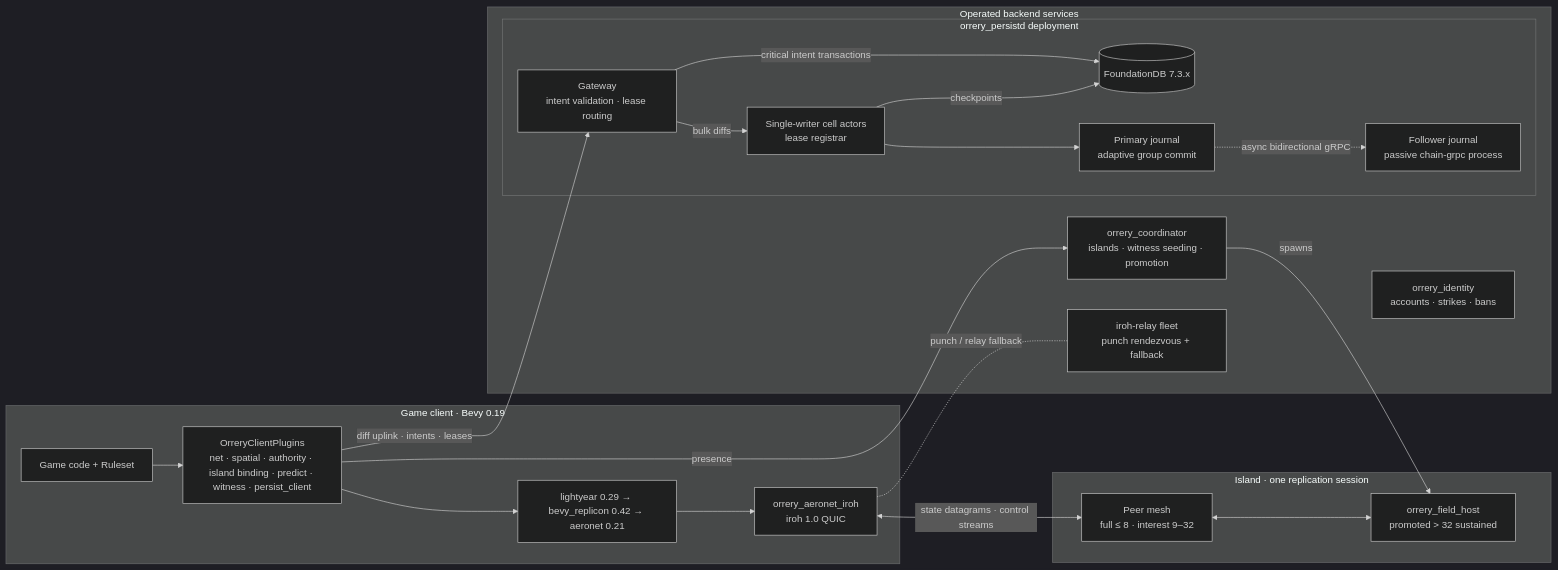
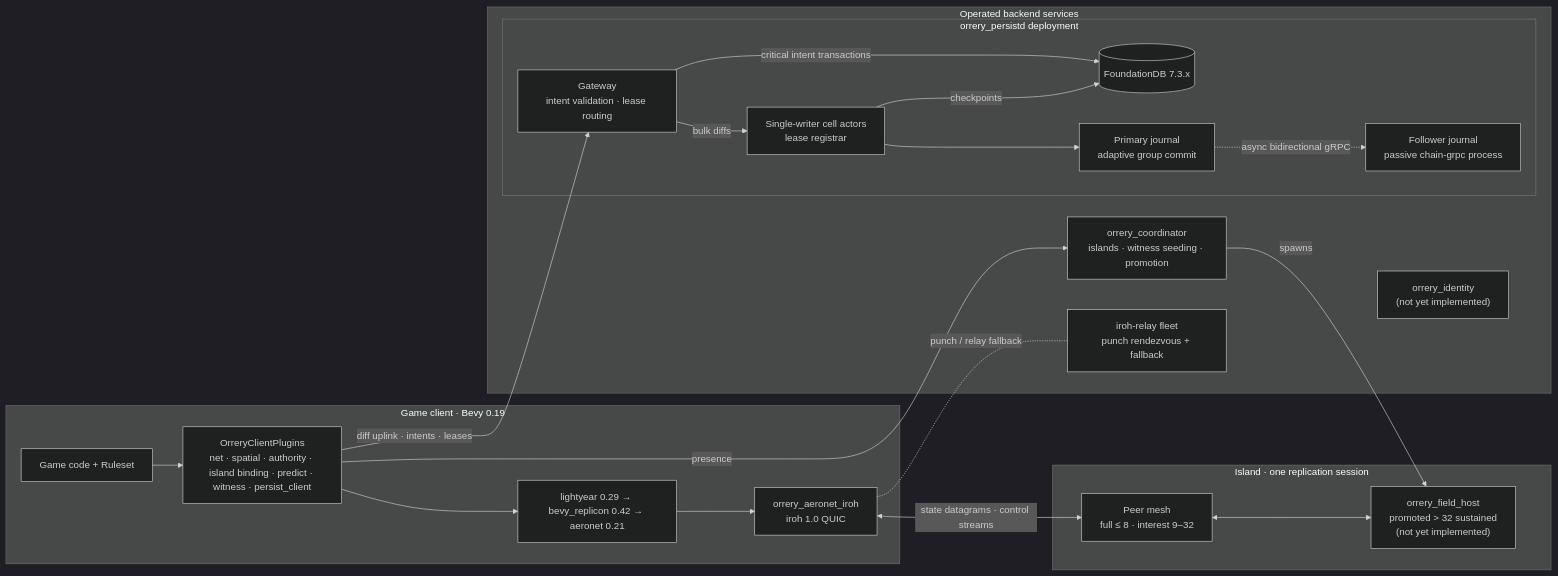
One commit to baadc0de/orrery changed the diagram in README.md. Above: the diagram before and after it, drawn with Mermaid (dark theme). The commit also changed other lines of this file and 1 other file, not shown here.

````diff
--- a/README.md
+++ b/README.md
@@ -26,40 +153,40 @@
 ```mermaid
 graph LR
     subgraph client["Game client · Bevy 0.19"]
         game["Game code + Ruleset"]
         plugins["OrreryClientPlugins<br/>net · spatial · authority · island binding · predict · witness · persist_client"]
         stack["lightyear 0.29 → bevy_replicon 0.42 → aeronet 0.21"]
         io["orrery_aeronet_iroh<br/>iroh 1.0 QUIC"]
         game --> plugins --> stack --> io
     end
 
     subgraph island["Island · one replication session"]
         peers["Peer mesh<br/>full ≤ 8 · interest 9–32"]
-        fieldhost["orrery_field_host<br/>promoted &gt; 32 sustained"]
+        fieldhost["orrery_field_host<br/>promoted &gt; 32 sustained<br/>(not yet implemented)"]
         peers <--> fieldhost
     end
 
     subgraph backend["Operated backend services"]
         relays["iroh-relay fleet<br/>punch rendezvous + fallback"]
         coord["orrery_coordinator<br/>islands · witness seeding · promotion"]
-        identity["orrery_identity<br/>accounts · strikes · bans"]
+        identity["orrery_identity<br/>(not yet implemented)"]
         subgraph persistd["orrery_persistd deployment"]
             gateway["Gateway<br/>intent validation · lease routing"]
             actors["Single-writer cell actors<br/>lease registrar"]
             journal["Primary journal<br/>adaptive group commit"]
             mirror["Follower journal<br/>passive chain-grpc process"]
             fdb[("FoundationDB 7.3.x")]
             gateway -->|"bulk diffs"| actors
             actors --> journal
             journal -.->|"async bidirectional gRPC"| mirror
             actors -->|"checkpoints"| fdb
             gateway -->|"critical intent transactions"| fdb
         end
     end
 
     io <-->|"state datagrams · control streams"| peers
     io -.-|"punch / relay fallback"| relays
     plugins -->|"presence"| coord
     plugins -->|"diff uplink · intents · leases"| gateway
     coord -->|"spawns"| fieldhost
 ```
````
